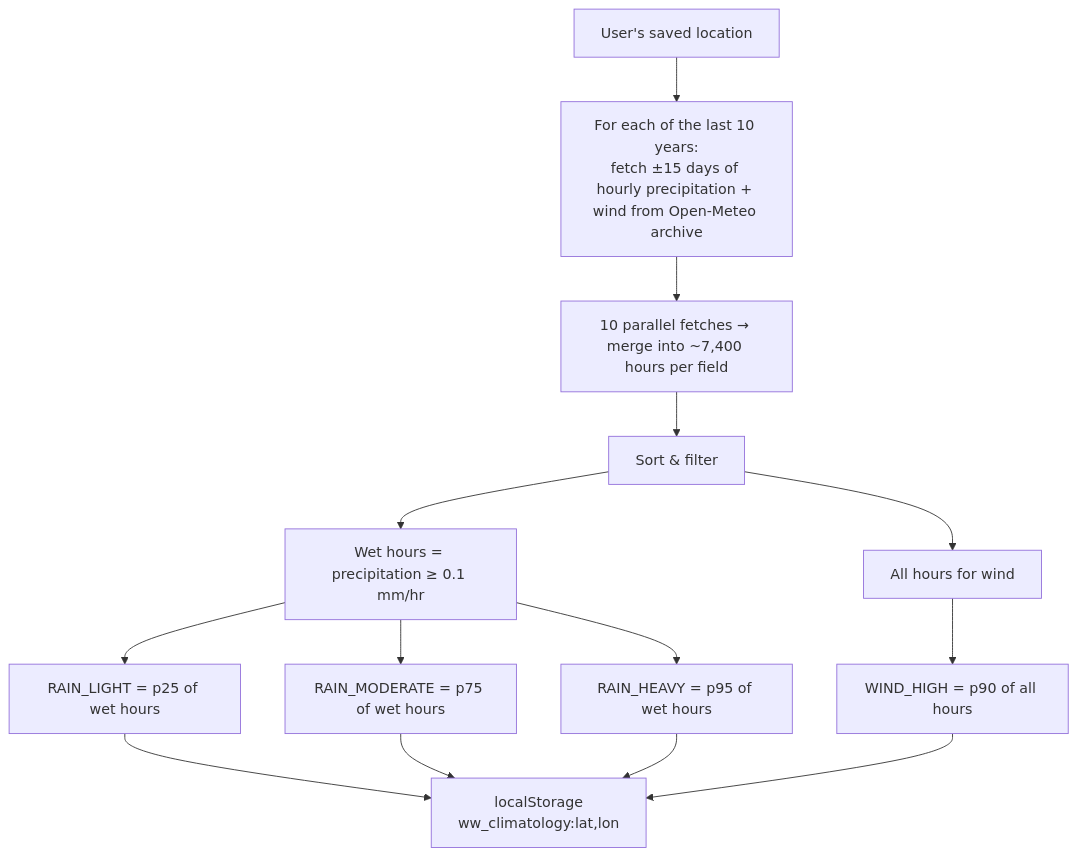
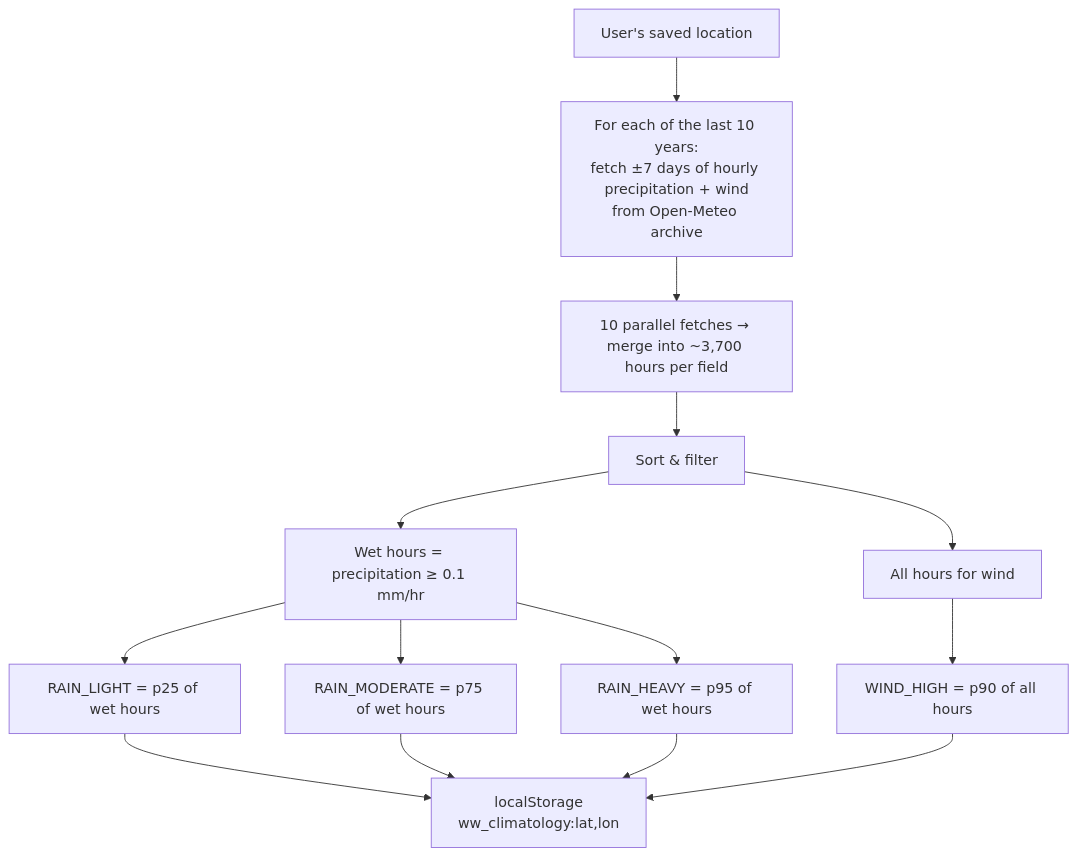
Before and after one commit to meetsaiya/weather: the second of 7 diagrams in docs/ALGORITHM_FLOW.md, drawn with Mermaid. The commit also changed other lines of this file and 2 other files, not shown here.

````diff
--- a/docs/ALGORITHM_FLOW.md
+++ b/docs/ALGORITHM_FLOW.md
@@ -56,17 +60,17 @@
 ```mermaid
 flowchart TD
   L[User's saved location] --> F
-  F["For each of the last 10 years:<br/>fetch ±15 days of hourly precipitation + wind from Open-Meteo archive"]
-  F --> M["10 parallel fetches → merge into ~7,400 hours per field"]
+  F["For each of the last 10 years:<br/>fetch ±7 days of hourly precipitation + wind<br/>from Open-Meteo archive"]
+  F --> M["10 parallel fetches → merge into ~3,700 hours per field"]
   M --> S[Sort & filter]
   S --> WET[Wet hours = precipitation ≥ 0.1 mm/hr]
   S --> ALL[All hours for wind]
   WET --> R25[RAIN_LIGHT = p25 of wet hours]
   WET --> R75[RAIN_MODERATE = p75 of wet hours]
   WET --> R95[RAIN_HEAVY = p95 of wet hours]
   ALL --> W90[WIND_HIGH = p90 of all hours]
   R25 --> CACHE[localStorage<br/>ww_climatology:lat,lon]
   R75 --> CACHE
   R95 --> CACHE
   W90 --> CACHE
 ```
````
